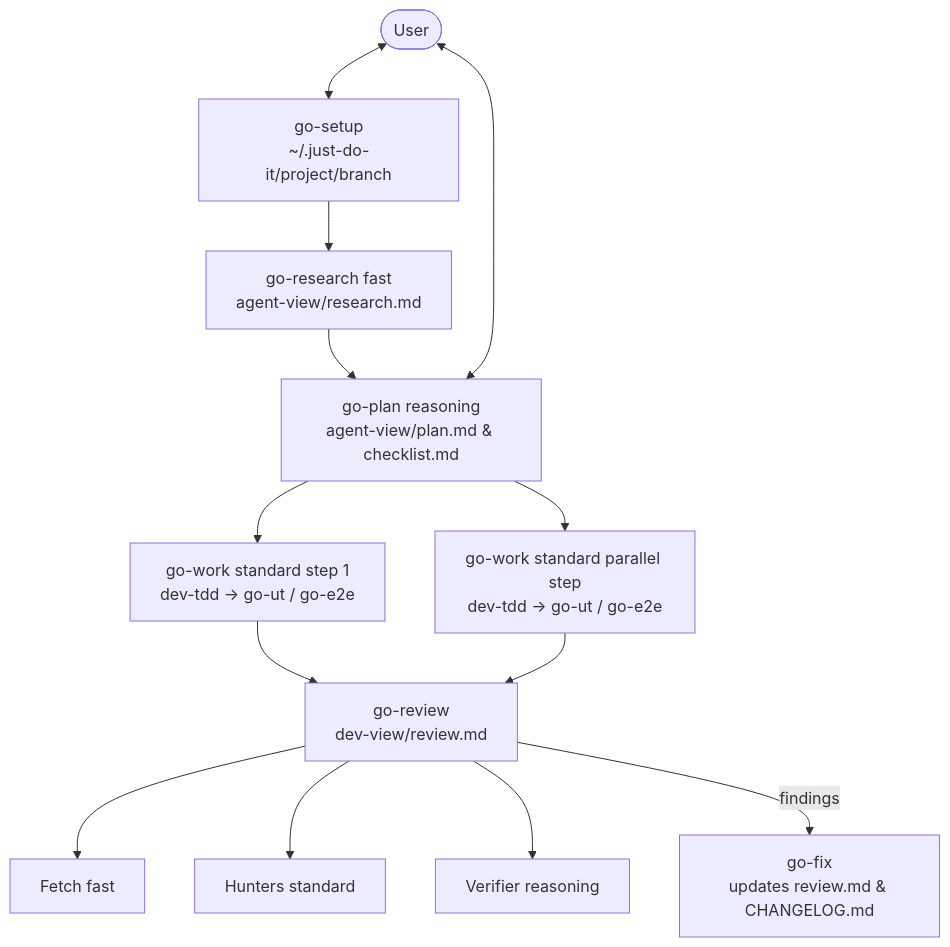
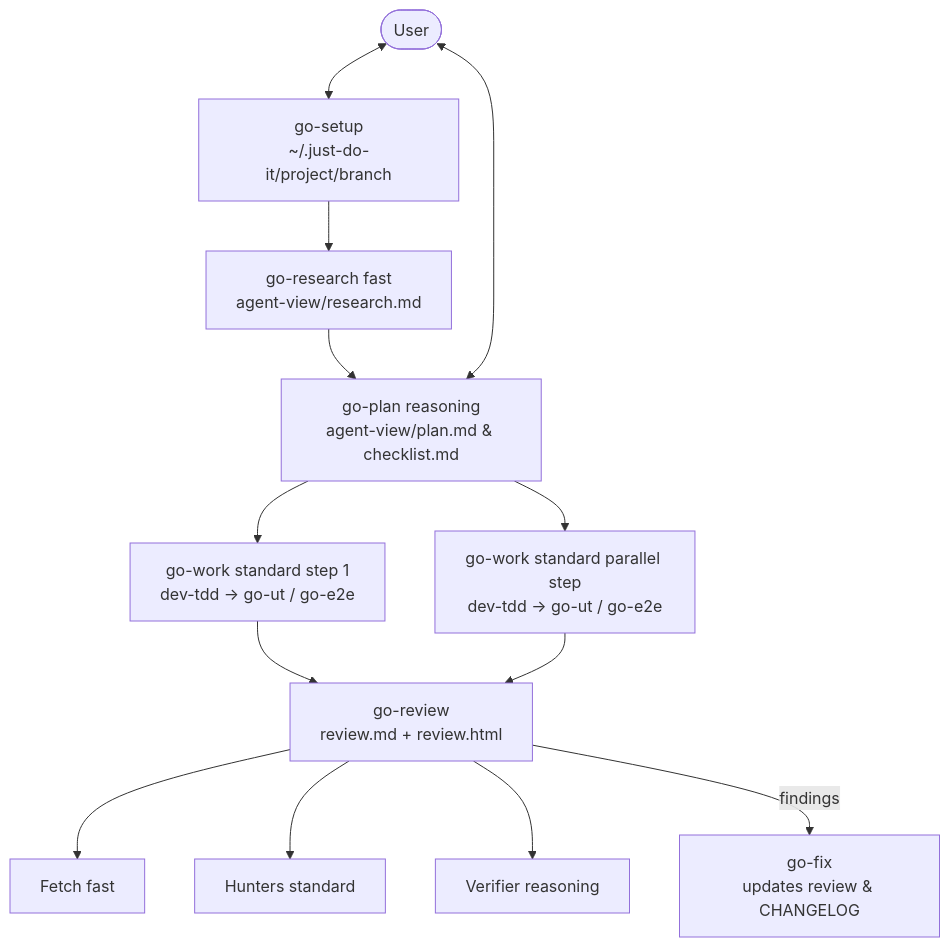
Before and after one commit to le0u0/just-do-it: the diagram in docs/architecture/ARCHITECTURE.md, drawn with Mermaid. The commit also changed other lines of this file and 39 other files, not shown here.

Commit message:
feat: move ut, e2e, and review md to agent-view and default dev-view to html

````diff
--- a/docs/architecture/ARCHITECTURE.md
+++ b/docs/architecture/ARCHITECTURE.md
@@ -9,15 +9,15 @@
 ```mermaid
 flowchart TD
     U([User]) <--> S[go-setup<br/>~/.just-do-it/project/branch]
     S --> R[go-research fast<br/>agent-view/research.md]
     R --> P[go-plan reasoning<br/>agent-view/plan.md & checklist.md]
     U <--> P
     P --> S1[go-work standard step 1<br/>dev-tdd -> go-ut / go-e2e]
     P --> S2[go-work standard parallel step<br/>dev-tdd -> go-ut / go-e2e]
-    S1 --> C[go-review<br/>dev-view/review.md]
+    S1 --> C[go-review<br/>review.md + review.html]
     S2 --> C
     C --> F[Fetch fast]
     C --> H[Hunters standard]
     C --> V[Verifier reasoning]
-    C -->|findings| X[go-fix<br/>updates review.md & CHANGELOG.md]
+    C -->|findings| X[go-fix<br/>updates review & CHANGELOG]
 ```
````
